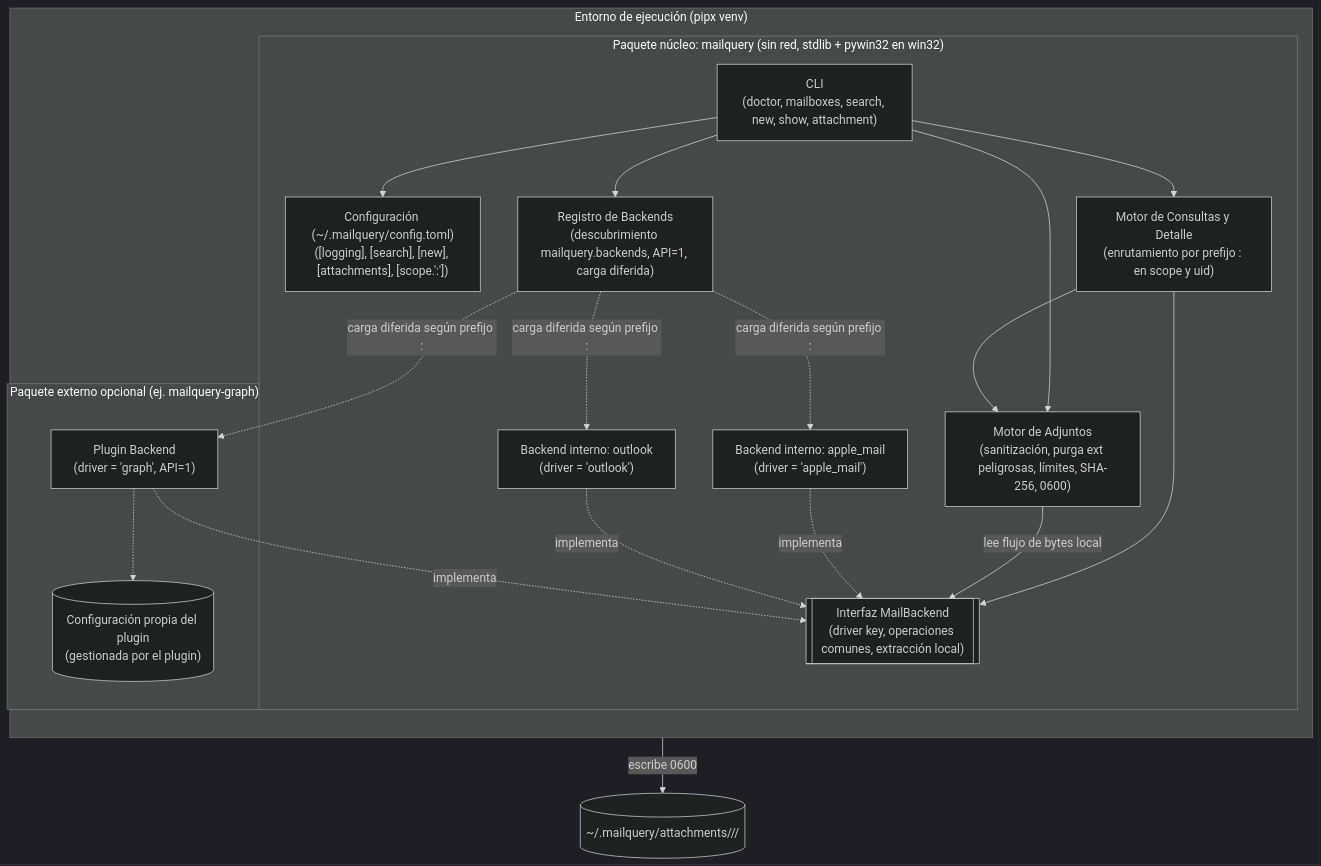
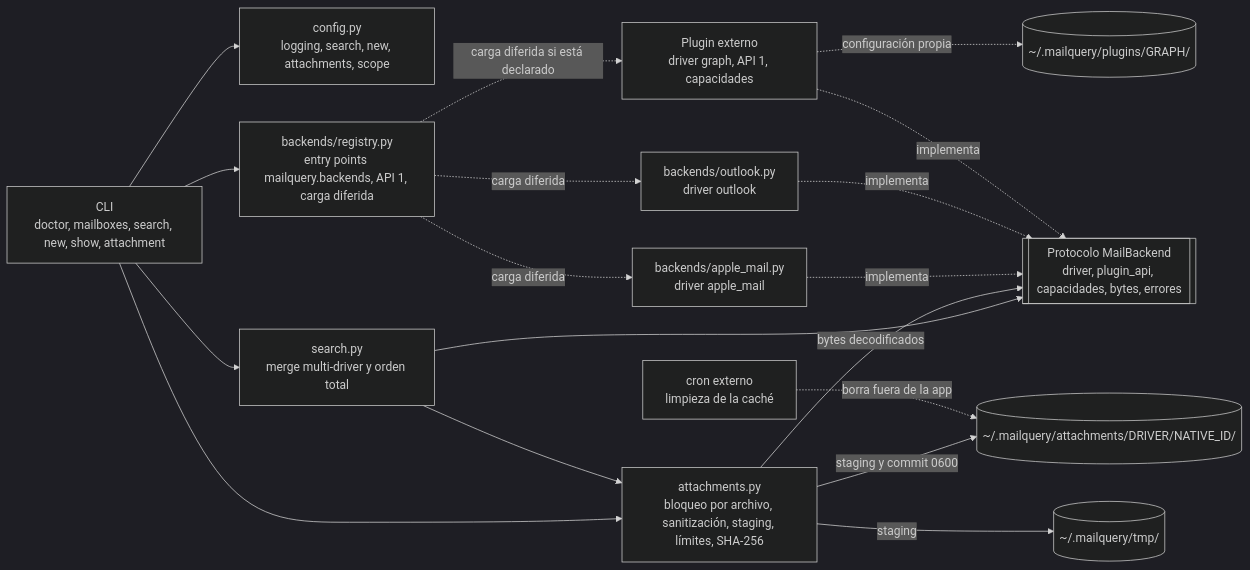
One commit to dayler/mailquery changed the first of 2 diagrams in docs/PRD-v2.1.md. Above: the diagram before and after it, drawn with Mermaid (dark theme). The commit also changed other lines of this file, not shown here.

First line of the commit message:
docs(prd): add v2.1 delta for backend plugins and attachment recovery

````diff
--- a/docs/PRD-v2.1.md
+++ b/docs/PRD-v2.1.md
@@ -137,38 +237,20 @@
 ```mermaid
-flowchart TB
-    subgraph Venv["Entorno de ejecución (pipx venv)"]
-        direction TB
-
-        subgraph Core["Paquete núcleo: mailquery (sin red, stdlib + pywin32 en win32)"]
-            CLI["CLI\n(doctor, mailboxes, search, new, show, attachment)"]
-            CFG["Configuración (~/.mailquery/config.toml)\n([logging], [search], [new], [attachments], [scope.'<driver>:<cuenta>'])"]
-            SR["Motor de Consultas y Detalle\n(enrutamiento por prefijo <driver>: en scope y uid)"]
-            ATT["Motor de Adjuntos\n(sanitización, purga ext peligrosas, límites, SHA-256, 0600)"]
-            REG["Registro de Backends\n(descubrimiento mailquery.backends, API=1, carga diferida)"]
-            BASE[["Interfaz MailBackend\n(driver key, operaciones comunes, extracción local)"]]
-            AM["Backend interno: apple_mail\n(driver = 'apple_mail')"]
-            OL["Backend interno: outlook\n(driver = 'outlook')"]
-        end
-
-        subgraph ExtPlugin["Paquete externo opcional (ej. mailquery-graph)"]
-            PLG["Plugin Backend\n(driver = 'graph', API=1)"]
-            PLGCFG[("Configuración propia del plugin\n(gestionada por el plugin)")]
-        end
-    end
-
-    CLI --> CFG
-    CLI --> REG
-    CLI --> SR
-    CLI --> ATT
-    SR --> BASE
+flowchart LR
+    CLI[CLI<br/>doctor, mailboxes, search, new, show, attachment] --> CFG[config.py<br/>logging, search, new, attachments, scope]
+    CLI --> REG[backends/registry.py<br/>entry points mailquery.backends, API 1, carga diferida]
+    CLI --> SR[search.py<br/>merge multi-driver y orden total]
+    CLI --> ATT[attachments.py<br/>bloqueo por archivo, sanitización, staging, límites, SHA-256]
+    SR --> IF[[Protocolo MailBackend<br/>driver, plugin_api, capacidades, bytes, errores]]
     SR --> ATT
-    ATT -->|lee flujo de bytes local| BASE
-    ATT -->|escribe 0600| CACHE[("~/.mailquery/attachments/<driver>/<native_id>/")]
-    REG -. "carga diferida según prefijo <driver>:" .-> AM
-    REG -. "carga diferida según prefijo <driver>:" .-> OL
-    REG -. "carga diferida según prefijo <driver>:" .-> PLG
-    PLG -.-> PLGCFG
-    AM -.implementa.-> BASE
-    OL -.implementa.-> BASE
-    PLG -.implementa.-> BASE
+    ATT -->|bytes decodificados| IF
+    ATT -->|staging y commit 0600| CACHE[(~/.mailquery/attachments/DRIVER/NATIVE_ID/)]
+    ATT -->|staging| TMP[(~/.mailquery/tmp/)]
+    CRON[cron externo<br/>limpieza de la caché] -.->|borra fuera de la app| CACHE
+    REG -.->|carga diferida| AM[backends/apple_mail.py<br/>driver apple_mail]
+    REG -.->|carga diferida| OL[backends/outlook.py<br/>driver outlook]
+    REG -.->|carga diferida si está declarado| PLG[Plugin externo<br/>driver graph, API 1, capacidades]
+    PLG -.->|configuración propia| PLGCFG[(~/.mailquery/plugins/GRAPH/)]
+    AM -.implementa.-> IF
+    OL -.implementa.-> IF
+    PLG -.implementa.-> IF
 ```
````
